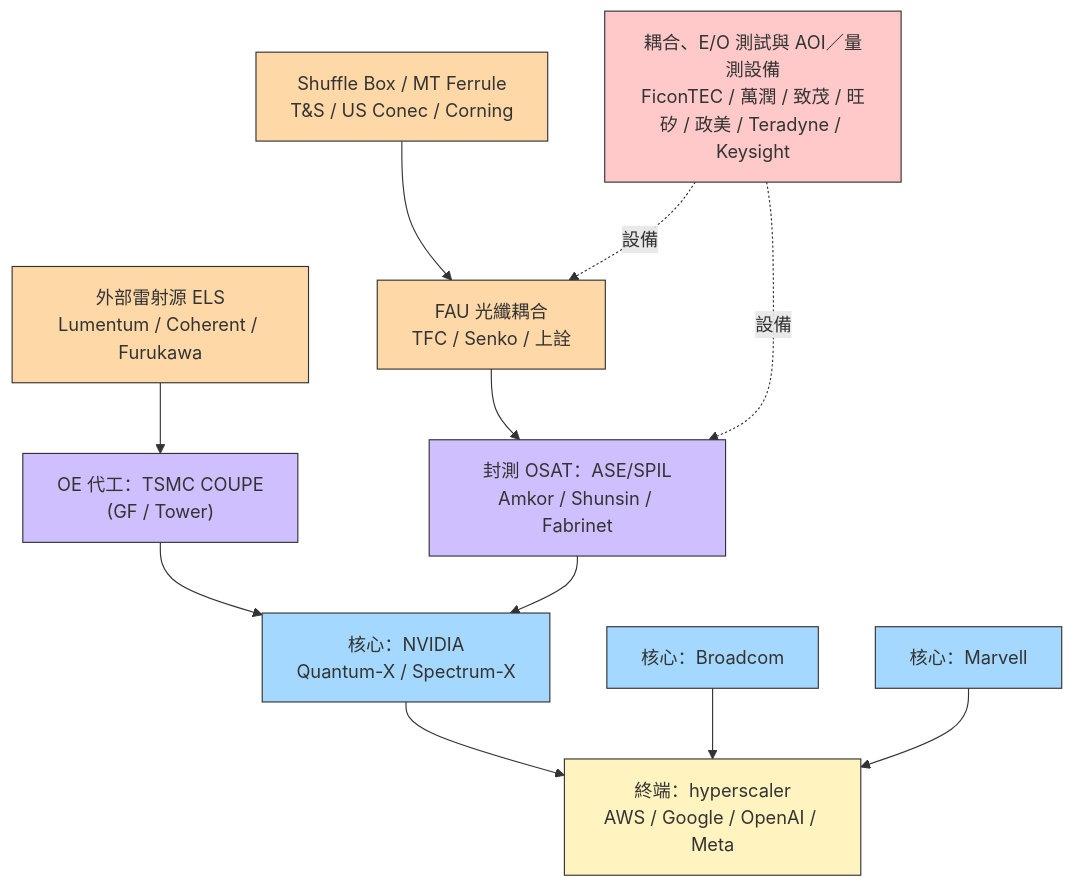
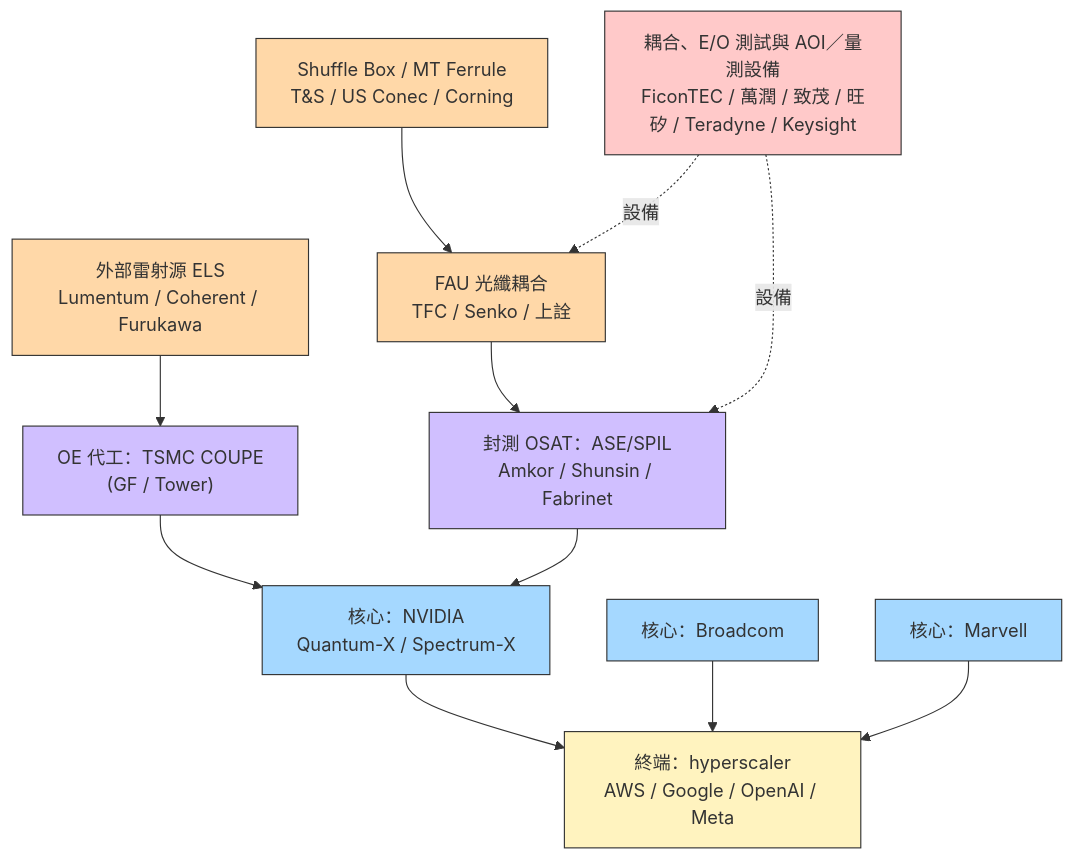
Before and after one commit to kevn950324/wiki_Stockv2: the diagram in content/lib/3.supply_chain/供應鏈_CPO.md, drawn with Mermaid. The commit also changed other lines of this file and 11 other files, not shown here.

````diff
--- a/content/lib/3.supply_chain/供應鏈_CPO.md
+++ b/content/lib/3.supply_chain/供應鏈_CPO.md
@@ -22,35 +22,35 @@
 ```mermaid
 flowchart TD
     CSP["終端：hyperscaler<br/>AWS / Google / OpenAI / Meta"]
     NV["核心：NVIDIA<br/>Quantum-X / Spectrum-X"]
     AVGO["核心：Broadcom"]
     MRVL["核心：Marvell"]
     FAB["OE 代工：TSMC COUPE<br/>(GF / Tower)"]
     OSAT["封測 OSAT：ASE/SPIL<br/>Amkor / Shunsin / Fabrinet"]
     ELS["外部雷射源 ELS<br/>Lumentum / Coherent / Furukawa"]
     FAU["FAU 光纖耦合<br/>TFC / Senko / 上詮"]
     SHF["Shuffle Box / MT Ferrule<br/>T&S / US Conec / Corning"]
-    EQ["耦合、E/O 測試與 AOI／量測設備<br/>FiconTEC / 萬潤 / 致茂 / 旺矽 / 政美 / Teradyne / Keysight"]
+    EQ["耦合、E/O 測試與 AOI／量測設備<br/>FiconTEC / 萬潤 / 致茂 / 旺矽 / Teradyne / Keysight"]
 
     NV --> CSP
     AVGO --> CSP
     MRVL --> CSP
     FAB --> NV
     OSAT --> NV
     ELS --> FAB
     FAU --> OSAT
     SHF --> FAU
     EQ -. 設備 .-> OSAT
     EQ -. 設備 .-> FAU
 
     classDef core fill:#a5d8ff,stroke:#333
     classDef proc fill:#d0bfff,stroke:#333
     classDef mat fill:#ffd8a8,stroke:#333
     classDef equip fill:#ffc9c9,stroke:#333
     classDef cust fill:#fff3bf,stroke:#333
     class NV,AVGO,MRVL core
     class FAB,OSAT proc
     class ELS,FAU,SHF mat
     class EQ equip
     class CSP cust
 ```
````
